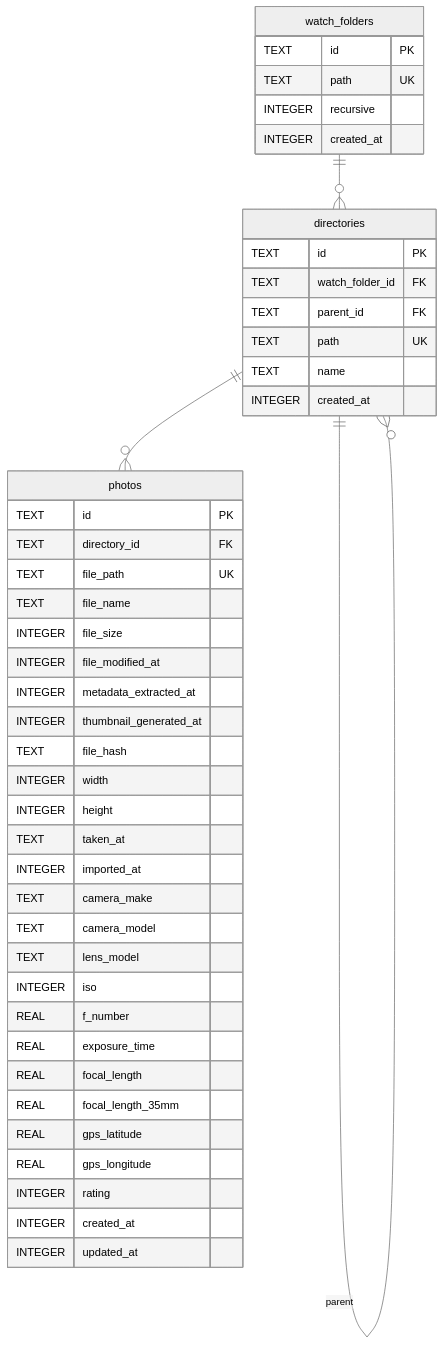
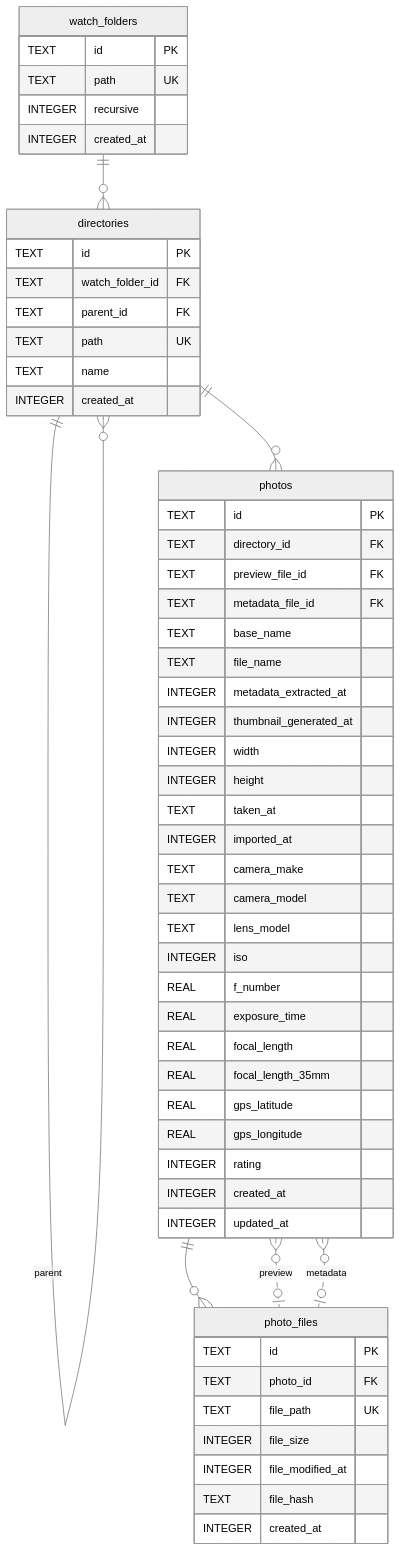
The diagram in docs/er-diagram.md (naoki-ah4/photo-manager), drawn with Mermaid (neutral theme) before and after one commit. The commit also changed other lines of this file and 20 other files, not shown here.

````diff
--- a/docs/er-diagram.md
+++ b/docs/er-diagram.md
@@ -1,51 +1,63 @@
 ```mermaid
 erDiagram
     watch_folders {
         TEXT id PK
         TEXT path UK
         INTEGER recursive
         INTEGER created_at
     }
 
     directories {
         TEXT id PK
         TEXT watch_folder_id FK
         TEXT parent_id FK
         TEXT path UK
         TEXT name
         INTEGER created_at
     }
 
     photos {
         TEXT id PK
         TEXT directory_id FK
-        TEXT file_path UK
+        TEXT preview_file_id FK
+        TEXT metadata_file_id FK
+        TEXT base_name
         TEXT file_name
-        INTEGER file_size
-        INTEGER file_modified_at
         INTEGER metadata_extracted_at
         INTEGER thumbnail_generated_at
-        TEXT file_hash
         INTEGER width
         INTEGER height
         TEXT taken_at
         INTEGER imported_at
         TEXT camera_make
         TEXT camera_model
         TEXT lens_model
         INTEGER iso
         REAL f_number
         REAL exposure_time
         REAL focal_length
         REAL focal_length_35mm
         REAL gps_latitude
         REAL gps_longitude
         INTEGER rating
         INTEGER created_at
         INTEGER updated_at
     }
 
+    photo_files {
+        TEXT id PK
+        TEXT photo_id FK
+        TEXT file_path UK
+        INTEGER file_size
+        INTEGER file_modified_at
+        TEXT file_hash
+        INTEGER created_at
+    }
+
     watch_folders ||--o{ directories : ""
     directories ||--o{ directories : "parent"
     directories ||--o{ photos : ""
+    photos ||--o{ photo_files : ""
+    photos }o..o| photo_files : "preview"
+    photos }o..o| photo_files : "metadata"
 ```
````
